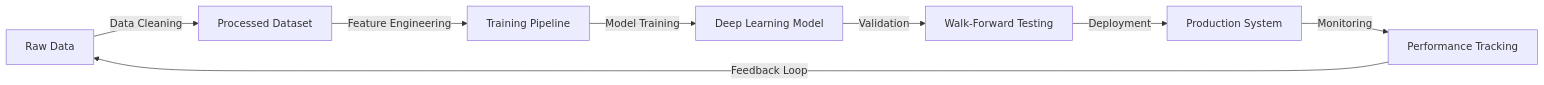
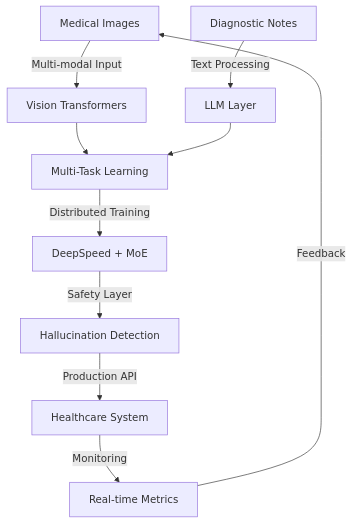
Before and after one commit to HJ701/HJ701: the diagram in README.md, drawn with Mermaid. The commit also changed other lines of this file, not shown here.

````diff
--- a/README.md
+++ b/README.md
@@ -98,10 +137,12 @@
 ```mermaid
-graph LR
-    A[Raw Data] -->|Data Cleaning| B[Processed Dataset]
-    B -->|Feature Engineering| C[Training Pipeline]
-    C -->|Model Training| D[Deep Learning Model]
-    D -->|Validation| E[Walk-Forward Testing]
-    E -->|Deployment| F[Production System]
-    F -->|Monitoring| G[Performance Tracking]
-    G -->|Feedback Loop| A
+graph TB
+    A[Medical Images] -->|Multi-modal Input| B[Vision Transformers]
+    C[Diagnostic Notes] -->|Text Processing| D[LLM Layer]
+    B --> E[Multi-Task Learning]
+    D --> E
+    E -->|Distributed Training| F[DeepSpeed + MoE]
+    F -->|Safety Layer| G[Hallucination Detection]
+    G -->|Production API| H[Healthcare System]
+    H -->|Monitoring| I[Real-time Metrics]
+    I -->|Feedback| A
 ```
````
